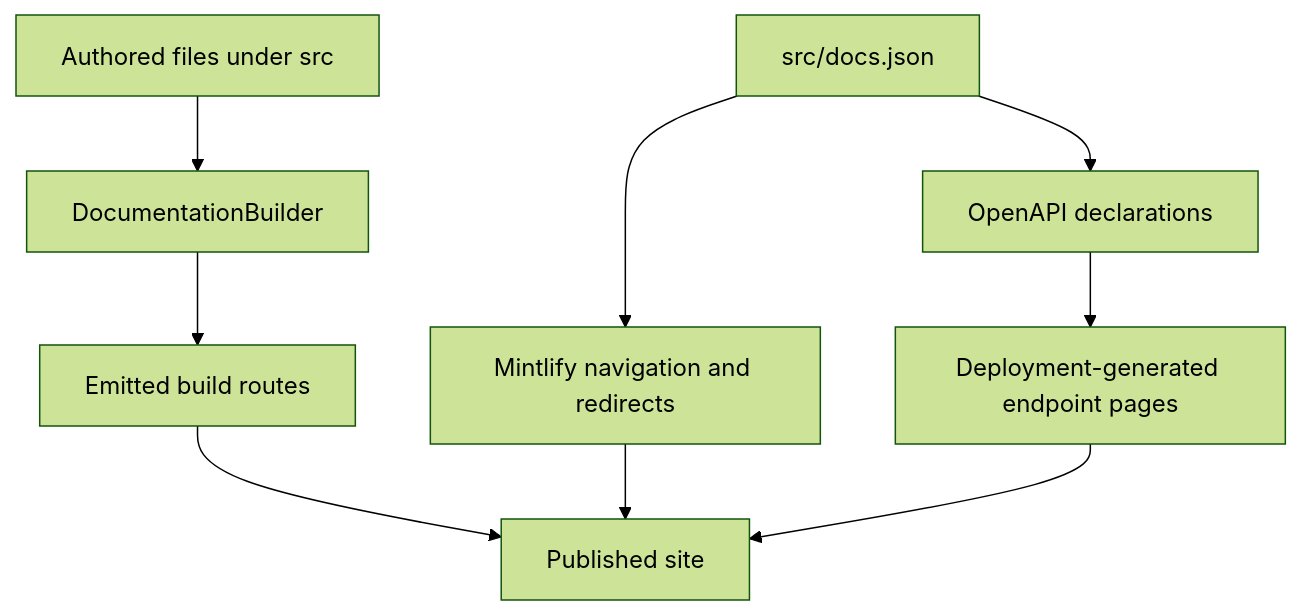
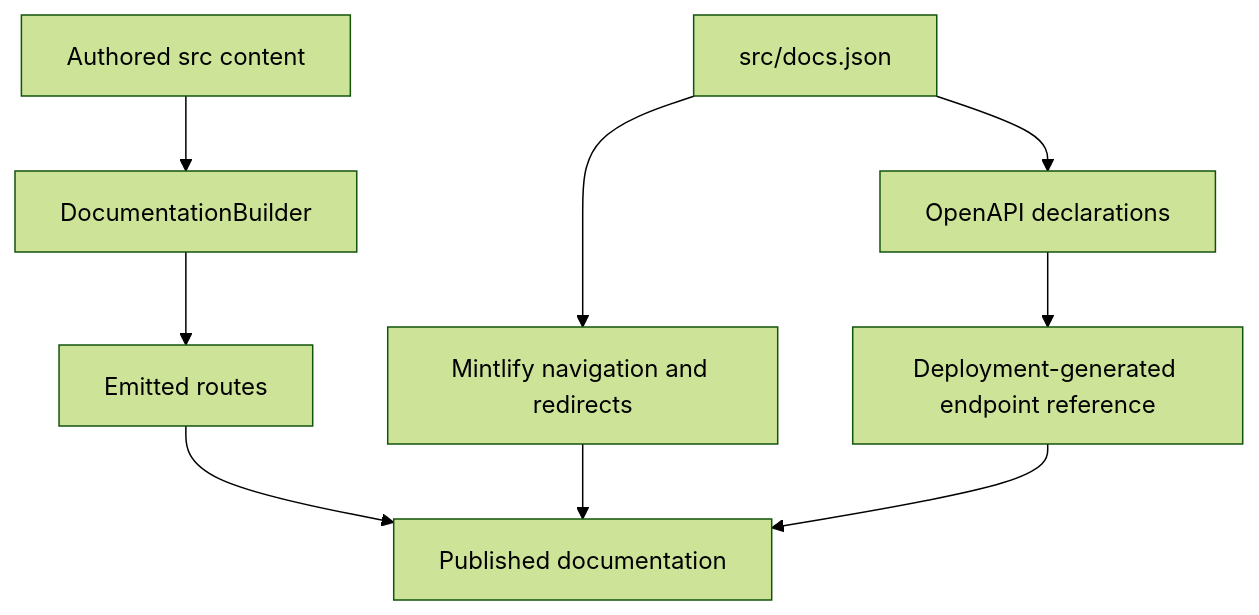
The diagram in openwiki/architecture/source-map.md (langchain-ai/docs), drawn with Mermaid (forest theme) before and after one commit. The commit also changed other lines of this file and 25 other files, not shown here.

````diff
--- a/openwiki/architecture/source-map.md
+++ b/openwiki/architecture/source-map.md
@@ -57,11 +62,11 @@
 ```mermaid
 flowchart TD
-    Source["Authored files under src"] --> Builder["DocumentationBuilder"]
-    Builder --> Routes["Emitted build routes"]
-    Config["src/docs.json"] --> Nav["Mintlify navigation and redirects"]
-    Config --> OpenAPI["OpenAPI declarations"]
-    OpenAPI --> Generated["Deployment-generated endpoint pages"]
-    Routes --> Site["Published site"]
-    Nav --> Site
-    Generated --> Site
+    Source["Authored src content"] --> Builder["DocumentationBuilder"]
+    Builder --> Routes["Emitted routes"]
+    Config["src/docs.json"] --> Navigation["Mintlify navigation and redirects"]
+    Config --> Specs["OpenAPI declarations"]
+    Specs --> Reference["Deployment-generated endpoint reference"]
+    Routes --> Published["Published documentation"]
+    Navigation --> Published
+    Reference --> Published
 ```
````
